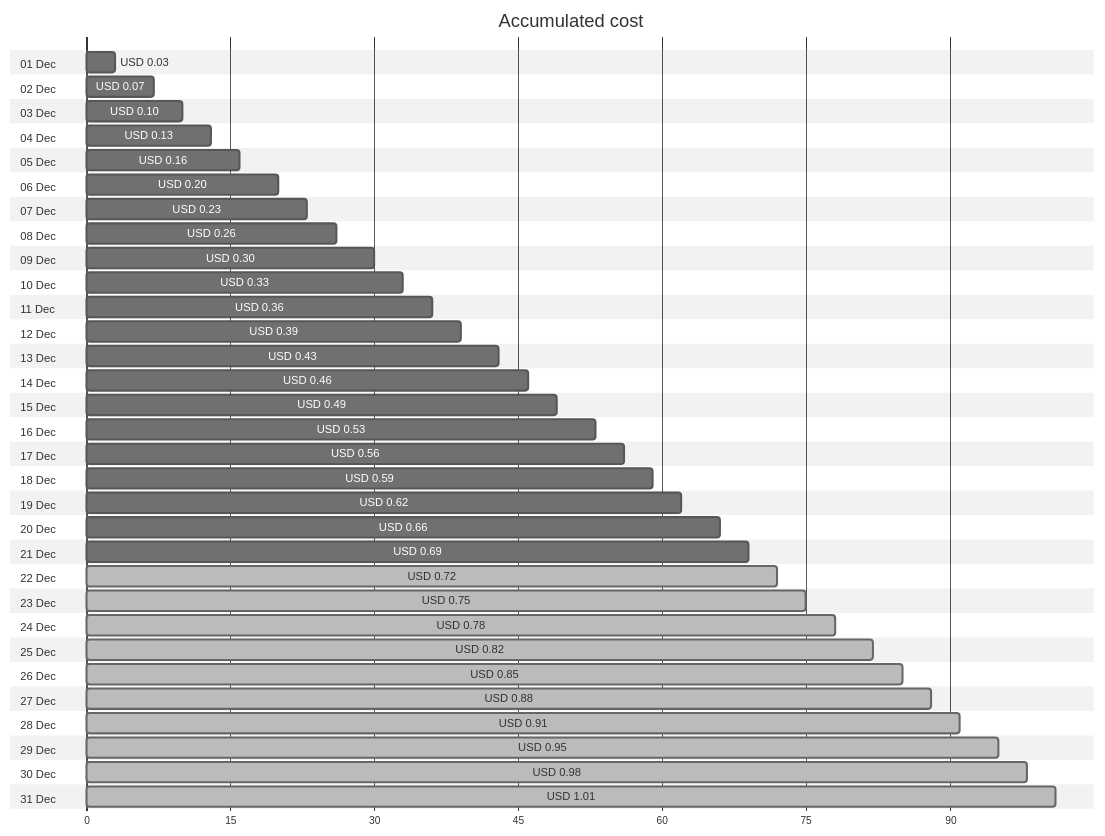
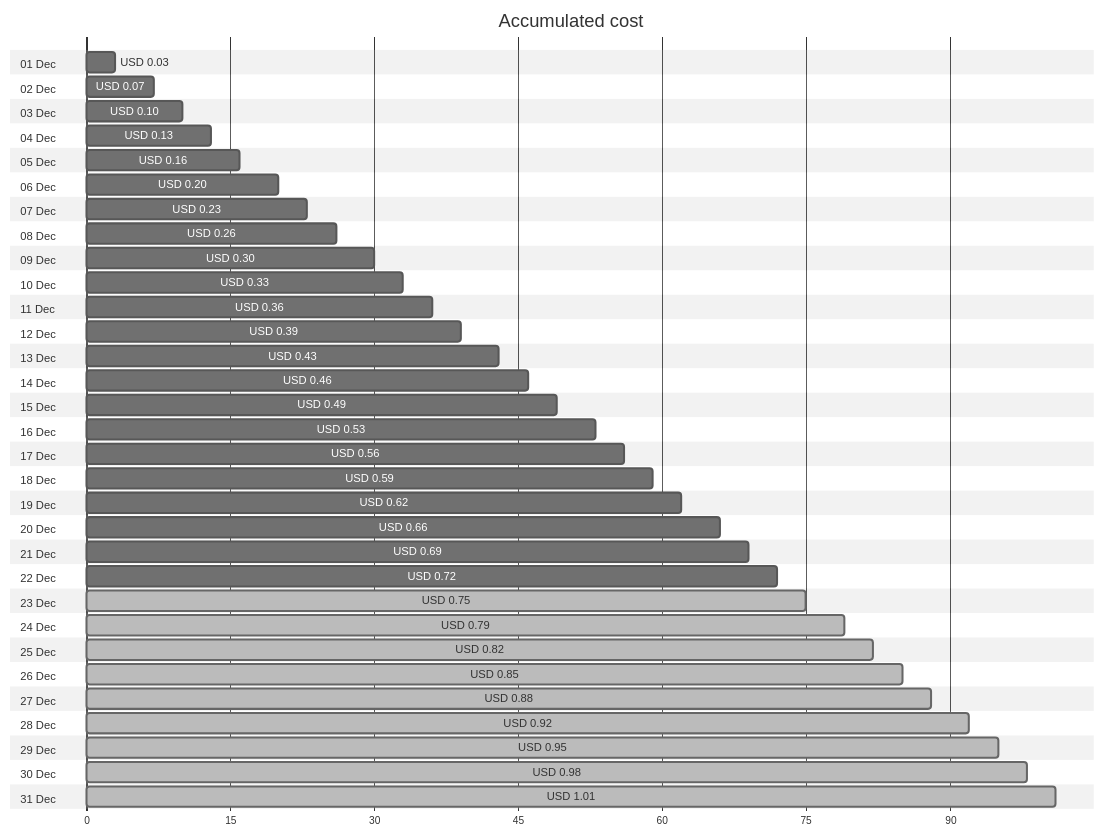
The first of 4 diagrams in cost-reports/personal-dns/README.md (jpfulton/azure-personal-reports), drawn with Mermaid (neutral theme) before and after one commit. The commit also changed other lines of this file and 2 other files, not shown here.

````diff
--- a/cost-reports/personal-dns/README.md
+++ b/cost-reports/personal-dns/README.md
@@ -20,68 +20,68 @@
 ```mermaid
 gantt
    title Accumulated cost
    dateFormat  X
    axisFormat %s
    section 01 Dec
    USD 0.03 :0, 3
    section 02 Dec
    USD 0.07 :0, 7
    section 03 Dec
    USD 0.10 :0, 10
    section 04 Dec
    USD 0.13 :0, 13
    section 05 Dec
    USD 0.16 :0, 16
    section 06 Dec
    USD 0.20 :0, 20
    section 07 Dec
    USD 0.23 :0, 23
    section 08 Dec
    USD 0.26 :0, 26
    section 09 Dec
    USD 0.30 :0, 30
    section 10 Dec
    USD 0.33 :0, 33
    section 11 Dec
    USD 0.36 :0, 36
    section 12 Dec
    USD 0.39 :0, 39
    section 13 Dec
    USD 0.43 :0, 43
    section 14 Dec
    USD 0.46 :0, 46
    section 15 Dec
    USD 0.49 :0, 49
    section 16 Dec
    USD 0.53 :0, 53
    section 17 Dec
    USD 0.56 :0, 56
    section 18 Dec
    USD 0.59 :0, 59
    section 19 Dec
    USD 0.62 :0, 62
    section 20 Dec
    USD 0.66 :0, 66
    section 21 Dec
    USD 0.69 :0, 69
    section 22 Dec
-   USD 0.72 : done, 0, 72
+   USD 0.72 :0, 72
    section 23 Dec
    USD 0.75 : done, 0, 75
    section 24 Dec
-   USD 0.78 : done, 0, 78
+   USD 0.79 : done, 0, 79
    section 25 Dec
    USD 0.82 : done, 0, 82
    section 26 Dec
    USD 0.85 : done, 0, 85
    section 27 Dec
    USD 0.88 : done, 0, 88
    section 28 Dec
-   USD 0.91 : done, 0, 91
+   USD 0.92 : done, 0, 92
    section 29 Dec
    USD 0.95 : done, 0, 95
    section 30 Dec
    USD 0.98 : done, 0, 98
    section 31 Dec
    USD 1.01 : done, 0, 101
 ```
````
